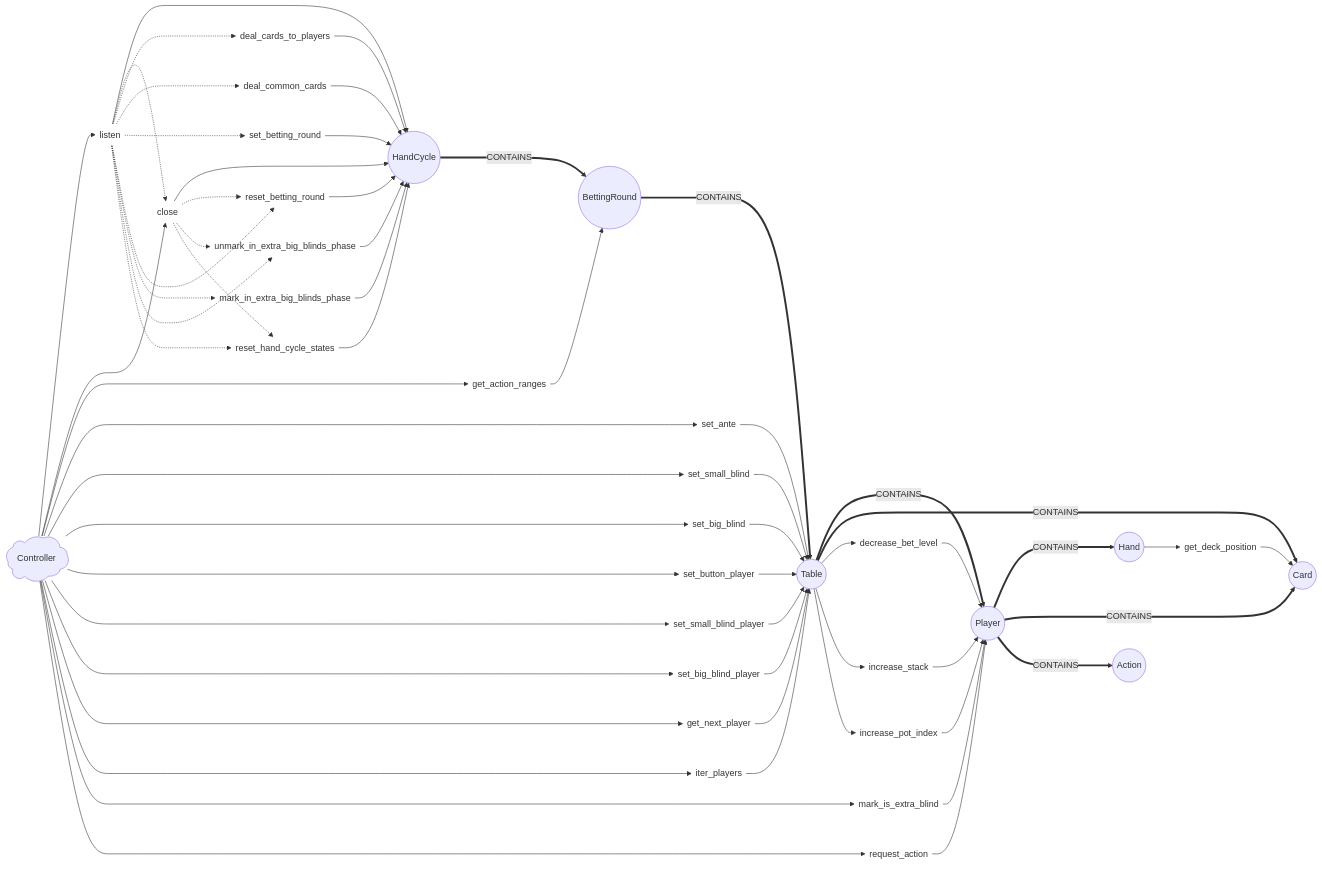
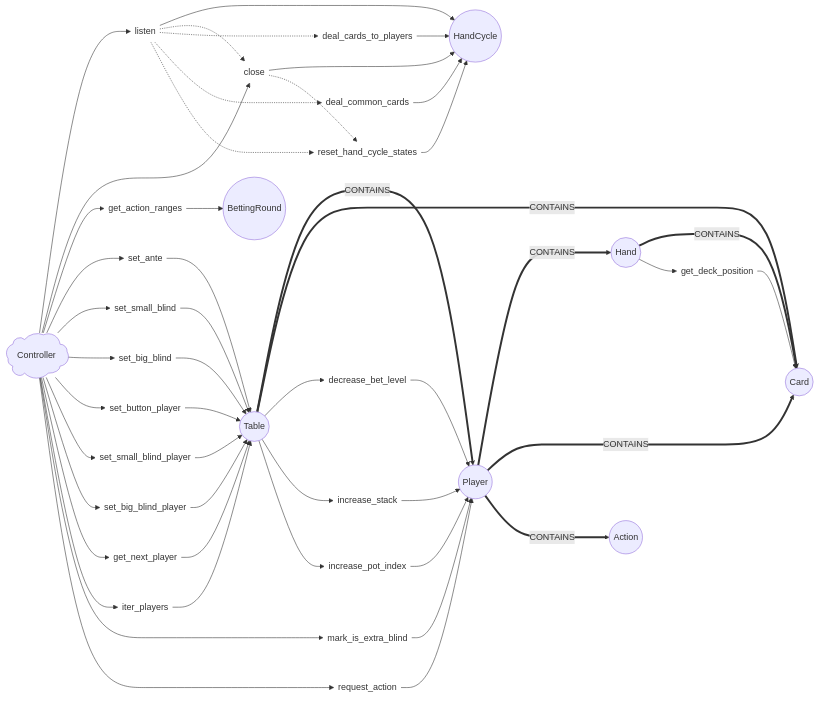
One commit to jorsaland/pokerpy changed the second of 4 diagrams in MODEL.md. Above: the diagram before and after it, drawn with Mermaid. The commit also changed other lines of this file, not shown here.

```diff
--- a/MODEL.md
+++ b/MODEL.md
@@ -147,13 +168,12 @@
 
     %% Container relations
 
-    HC ===> |CONTAINS| BR
-    BR ===> |CONTAINS| T
     T ===> |CONTAINS| P
     T ===> |CONTAINS| Cd
     P ===> |CONTAINS| H
     P ===> |CONTAINS| Cd
     P ===> |CONTAINS| A
+    H ===> |CONTAINS| Cd
 
 
     %% Methods
@@ -162,10 +182,6 @@
     HC.close(close)@{ shape: text } -->  HC
     HC.deal_cards_to_players(deal_cards_to_players)@{ shape: text } -->  HC
     HC.deal_common_cards(deal_common_cards)@{ shape: text } -->  HC
-    HC.set_betting_round(set_betting_round)@{ shape: text } -->  HC
-    HC.reset_betting_round(reset_betting_round)@{ shape: text } -->  HC
-    HC.mark_in_extra_big_blinds_phase(mark_in_extra_big_blinds_phase)@{ shape: text } -->  HC
-    HC.unmark_in_extra_big_blinds_phase(unmark_in_extra_big_blinds_phase)@{ shape: text } -->  HC
     HC.reset_hand_cycle_states(reset_hand_cycle_states)@{ shape: text } -->  HC
 
     BR.get_action_ranges(get_action_ranges)@{ shape: text } --> BR
@@ -218,14 +234,8 @@
     HC.listen -.-> HC.close
     HC.listen -.-> HC.deal_cards_to_players
     HC.listen -.-> HC.deal_common_cards
-    HC.listen -.-> HC.set_betting_round
-    HC.listen -.-> HC.reset_betting_round
-    HC.listen -.-> HC.mark_in_extra_big_blinds_phase
-    HC.listen -.-> HC.unmark_in_extra_big_blinds_phase
     HC.listen -.-> HC.reset_hand_cycle_states
 
-    HC.close -.-> HC.reset_betting_round
-    HC.close -.-> HC.unmark_in_extra_big_blinds_phase
     HC.close -.-> HC.reset_hand_cycle_states
 
 
```
